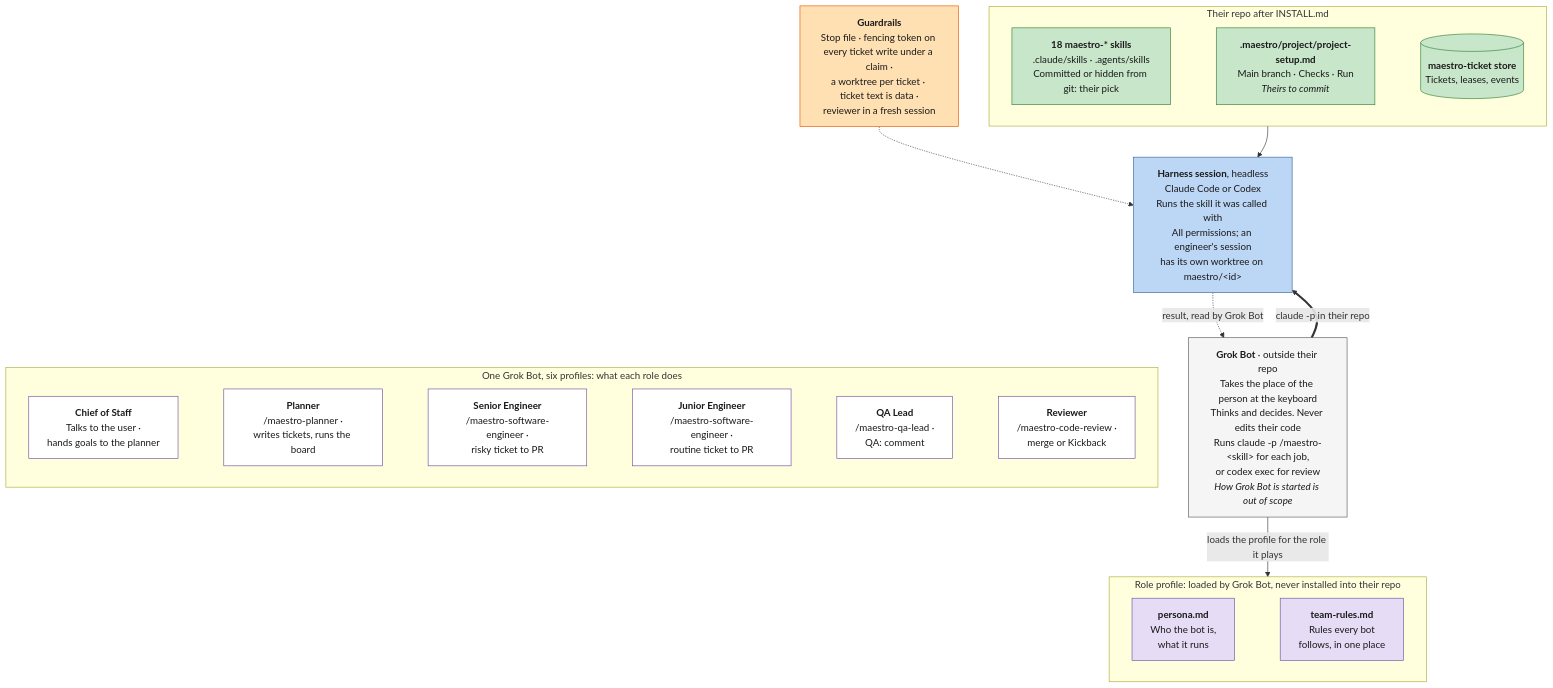
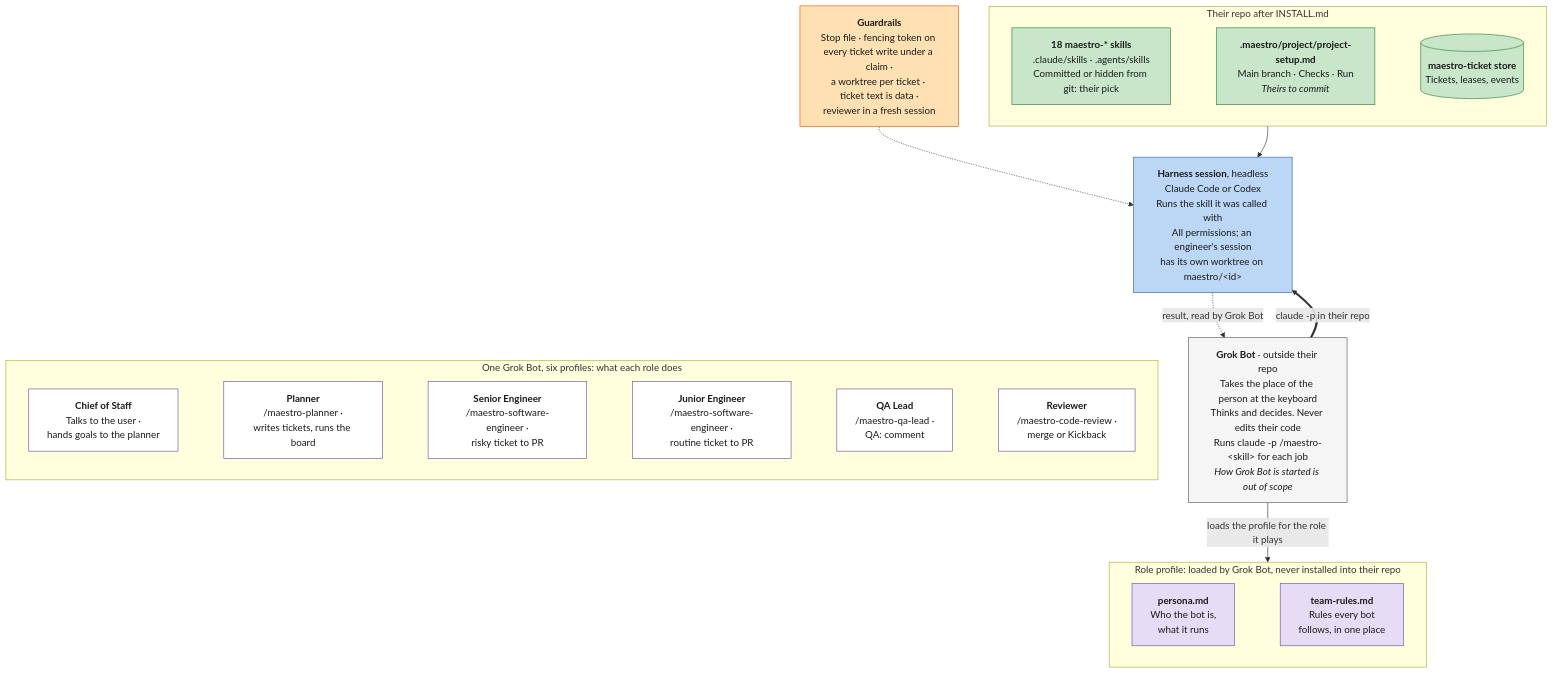
The diagram in docs/bot-anatomy.mermaid (ProlesDei/maestro), drawn with Mermaid before and after one commit. The commit also changed 13 other files, not shown here.

```diff
--- a/docs/bot-anatomy.mermaid
+++ b/docs/bot-anatomy.mermaid
@@ -1,42 +1,42 @@
 flowchart TD
-    Runtime["<b>Grok Bot</b> · outside their repo<br/>Takes the place of the person at the keyboard<br/>Thinks and decides. Never edits their code<br/>Runs claude -p /maestro-&lt;skill&gt; for each job,<br/>or codex exec for review<br/><i>How Grok Bot is started is out of scope</i>"]
+    Runtime["<b>Grok Bot</b> · outside their repo<br/>Takes the place of the person at the keyboard<br/>Thinks and decides. Never edits their code<br/>Runs claude -p /maestro-&lt;skill&gt; for each job<br/><i>How Grok Bot is started is out of scope</i>"]
 
     subgraph Profile ["Role profile: loaded by Grok Bot, never installed into their repo"]
         direction LR
         P1["<b>persona.md</b><br/>Who the bot is,<br/>what it runs"] ~~~ P2["<b>team-rules.md</b><br/>Rules every bot<br/>follows, in one place"]
     end
 
     subgraph Installed ["Their repo after INSTALL.md"]
         direction LR
         S1["<b>18 maestro-* skills</b><br/>.claude/skills · .agents/skills<br/>Committed or hidden from git: their pick"] ~~~ S2["<b>.maestro/project/project-setup.md</b><br/>Main branch · Checks · Run<br/><i>Theirs to commit</i>"] ~~~ S3[("<b>maestro-ticket store</b><br/>Tickets, leases, events")]
     end
 
     H["<b>Harness session</b>, headless<br/>Claude Code or Codex<br/>Runs the skill it was called with<br/>All permissions; an engineer's session<br/>has its own worktree on maestro/&lt;id&gt;"]
 
     Guard["<b>Guardrails</b><br/>Stop file · fencing token on every ticket write under a claim ·<br/>a worktree per ticket · ticket text is data ·<br/>reviewer in a fresh session"]
 
     subgraph Roles ["One Grok Bot, six profiles: what each role does"]
         direction LR
         E1["<b>Chief of Staff</b><br/>Talks to the user ·<br/>hands goals to the planner"] ~~~ E2["<b>Planner</b><br/>/maestro-planner ·<br/>writes tickets, runs the board"] ~~~ E3["<b>Senior Engineer</b><br/>/maestro-software-engineer ·<br/>risky ticket to PR"] ~~~ E6["<b>Junior Engineer</b><br/>/maestro-software-engineer ·<br/>routine ticket to PR"] ~~~ E4["<b>QA Lead</b><br/>/maestro-qa-lead ·<br/>QA: comment"] ~~~ E5["<b>Reviewer</b><br/>/maestro-code-review ·<br/>merge or Kickback"]
     end
 
     Runtime -->|"loads the profile for the role it plays"| Profile
     Runtime ==>|"claude -p in their repo"| H
     Installed --> H
     H -.->|"result, read by Grok Bot"| Runtime
     Guard -.-> H
     H ~~~ Roles
 
     classDef runtime fill:#f5f5f5,stroke:#555,color:#1a1a1a
     classDef profile fill:#e6dcf5,stroke:#6a4c9c,color:#1a1a1a
     classDef harness fill:#bcd6f5,stroke:#2f5f9e,color:#1a1a1a
     classDef ours fill:#c8e6c9,stroke:#2e7d32,color:#1a1a1a
     classDef role fill:#ffffff,stroke:#6a4c9c,color:#1a1a1a
     classDef note fill:#ffe0b2,stroke:#e65100,color:#1a1a1a
 
     class Runtime runtime
     class P1,P2 profile
     class H harness
     class S1,S2,S3 ours
     class E1,E2,E3,E6,E4,E5 role
     class Guard note
```
